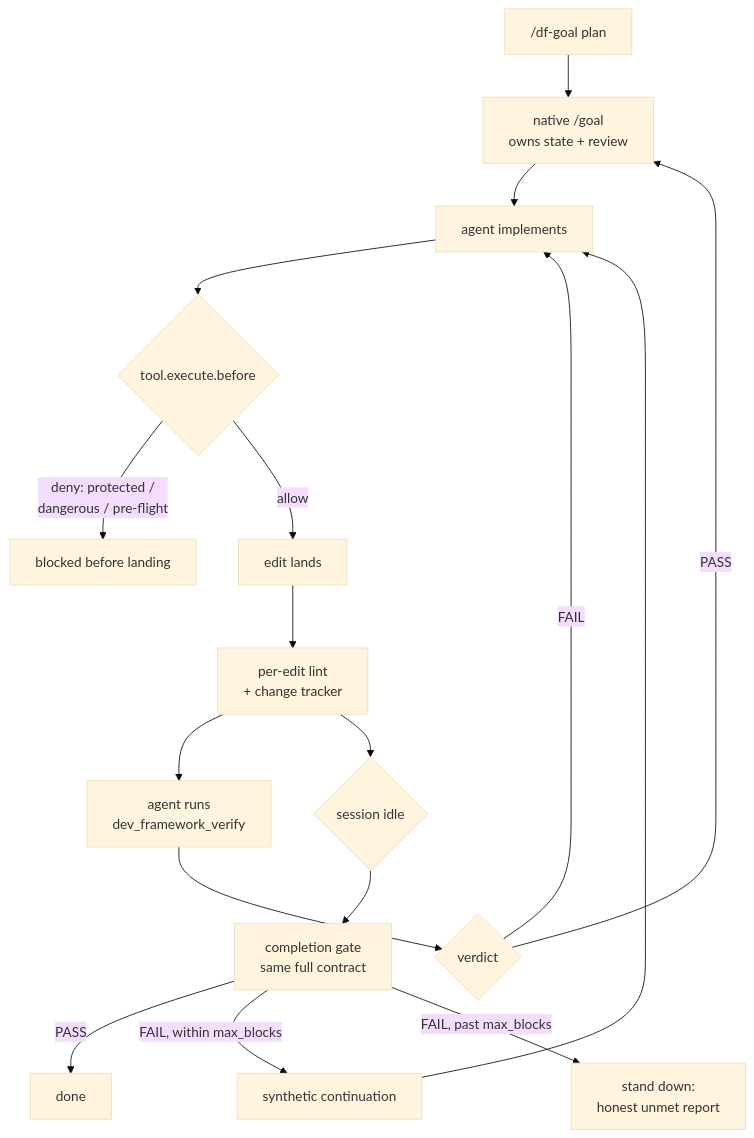
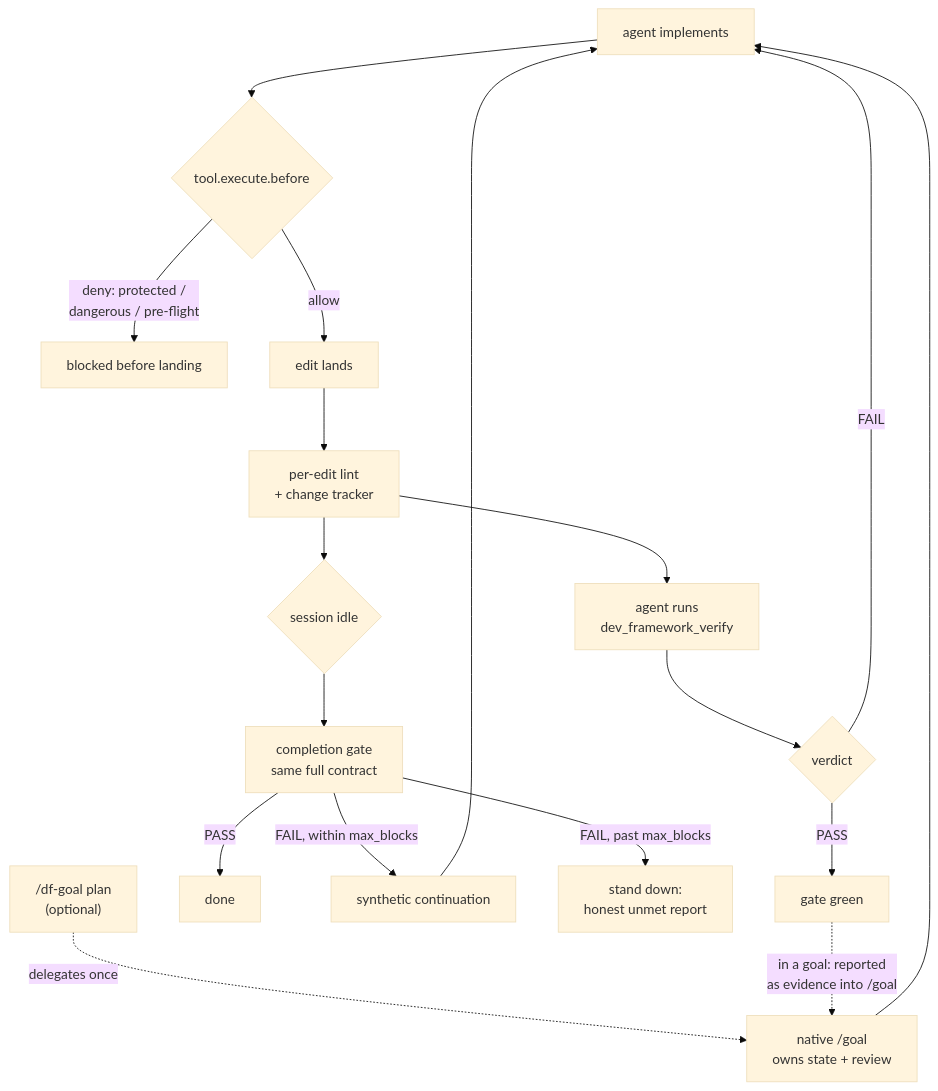
The diagram in README.md (jwitmann/opencode-dev-framework), drawn with Mermaid (base theme) before and after one commit. The commit also changed other lines of this file, not shown here.

Commit message:
docs: README graph shows agent loop as primary, /df-goal as optional entry

````diff
--- a/README.md
+++ b/README.md
@@ -64,19 +68,20 @@
 ```mermaid
 flowchart TD
-    G["/df-goal plan"] --> N["native /goal\nowns state + review"]
-    N --> A["agent implements"]
-    A --> B{"tool.execute.before"}
+    A["agent implements"] --> B{"tool.execute.before"}
     B -- "deny: protected /\ndangerous / pre-flight" --> X["blocked before landing"]
     B -- allow --> C["edit lands"]
     C --> D["per-edit lint\n+ change tracker"]
     D --> V["agent runs\ndev_framework_verify"]
     V --> R{"verdict"}
-    R -- PASS --> N
+    R -- PASS --> OK["gate green"]
     R -- FAIL --> A
     D --> S{"session idle"}
     S --> GT["completion gate\nsame full contract"]
     GT -- PASS --> DONE["done"]
     GT -- "FAIL, within max_blocks" --> SYN["synthetic continuation"]
     SYN --> A
     GT -- "FAIL, past max_blocks" --> SD["stand down:\nhonest unmet report"]
+    G["/df-goal plan\n(optional)"] -. "delegates once" .-> N["native /goal\nowns state + review"]
+    N --> A
+    OK -. "in a goal: reported\nas evidence into /goal" .-> N
 ```
````
